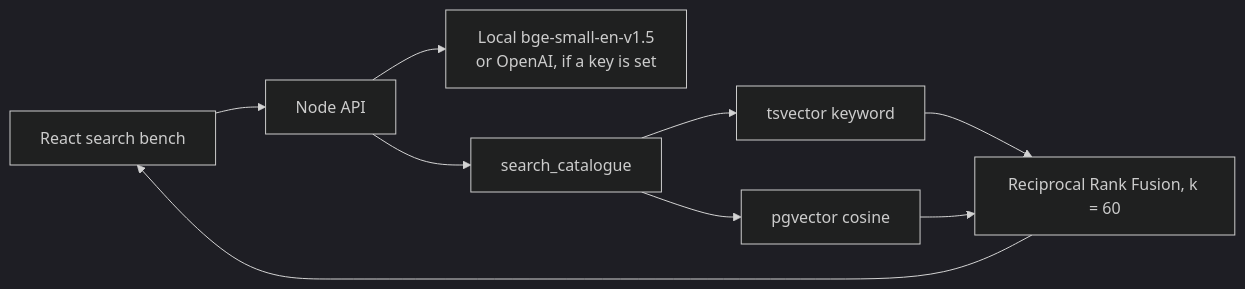
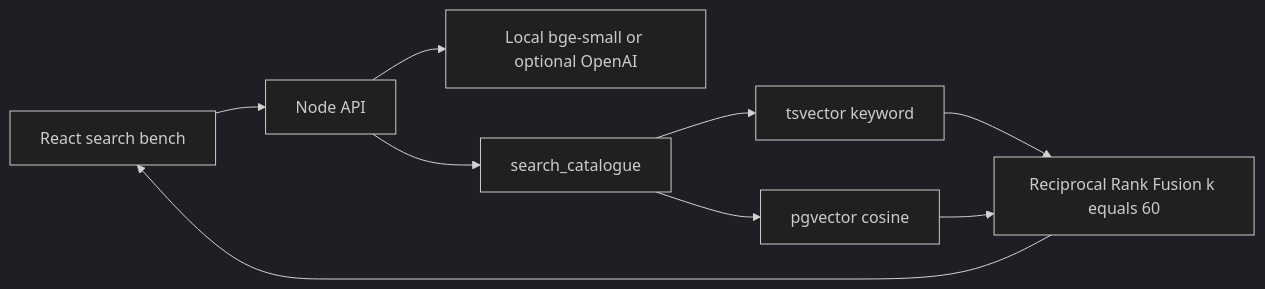
The diagram in README.md (black-abys/crossrank), drawn with Mermaid (dark theme) before and after one commit. The commit also changed other lines of this file and 1 other file, not shown here.

Commit message:
Point the README media at files in the repo
Add the comparison walkthrough under docs/ and keep screenshot and video links relative so GitHub can render them.

````diff
--- a/README.md
+++ b/README.md
@@ -29,11 +29,11 @@
 ```mermaid
 flowchart LR
   UI["React search bench"] --> API["Node API"]
-  API --> EMB["Local bge-small-en-v1.5<br/>or OpenAI, if a key is set"]
+  API --> EMB["Local bge-small or optional OpenAI"]
   API --> RPC["search_catalogue"]
   RPC --> FTS["tsvector keyword"]
   RPC --> VEC["pgvector cosine"]
-  FTS --> RRF["Reciprocal Rank Fusion, k = 60"]
+  FTS --> RRF["Reciprocal Rank Fusion k equals 60"]
   VEC --> RRF
   RRF --> UI
 ```
````
